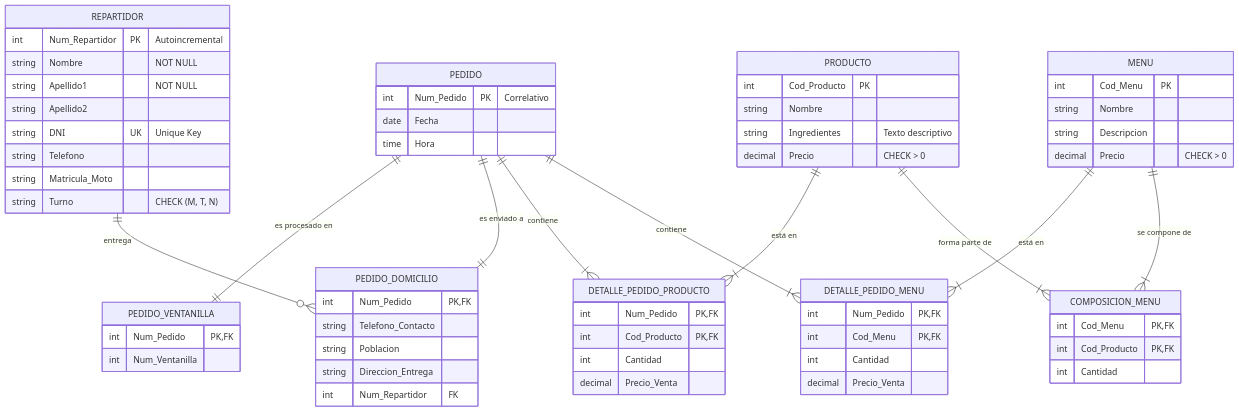
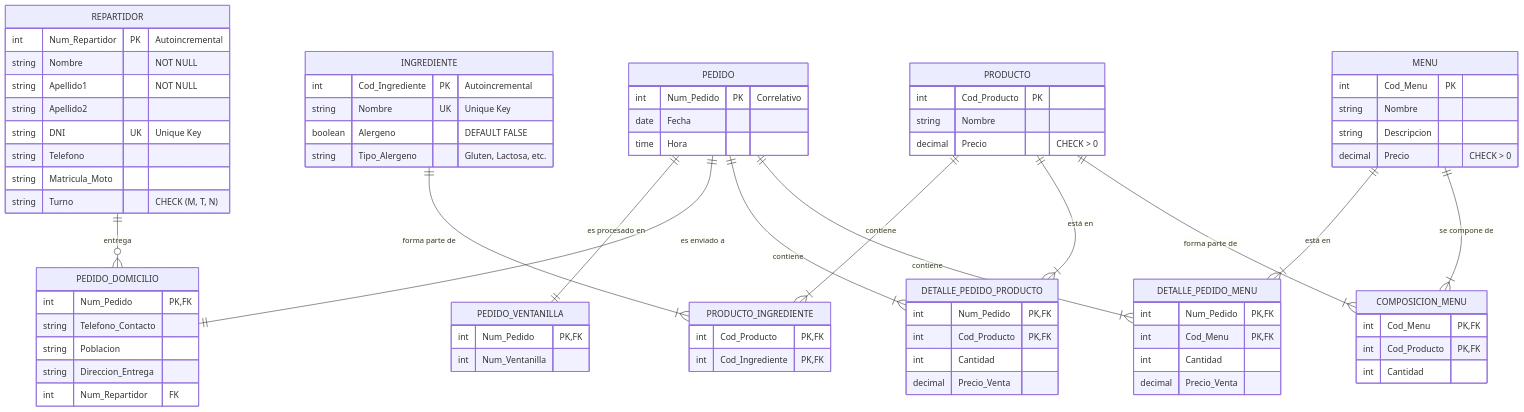
The diagram in docs/diseno-er.md (AGarciaRipalda/proyecto-mc-ilerna), drawn with Mermaid before and after one commit. The commit also changed other lines of this file and 10 other files, not shown here.

````diff
--- a/docs/diseno-er.md
+++ b/docs/diseno-er.md
@@ -29,6 +30,13 @@
         string Turno "CHECK (M, T, N)"
     }
 
+    INGREDIENTE {
+        int Cod_Ingrediente PK "Autoincremental"
+        string Nombre UK "Unique Key"
+        boolean Alergeno "DEFAULT FALSE"
+        string Tipo_Alergeno "Gluten, Lactosa, etc."
+    }
+
     PEDIDO {
         int Num_Pedido PK "Correlativo"
         date Fecha
@@ -38,7 +46,6 @@
     PRODUCTO {
         int Cod_Producto PK
         string Nombre
-        string Ingredientes "Texto descriptivo"
         decimal Precio "CHECK > 0"
     }
 
@@ -72,6 +79,11 @@
     
     %% Estas tablas existen físicamente en el SQL para gestionar cantidades
 
+    PRODUCTO_INGREDIENTE {
+        int Cod_Producto PK, FK
+        int Cod_Ingrediente PK, FK
+    }
+
     DETALLE_PEDIDO_PRODUCTO {
         int Num_Pedido PK, FK
         int Cod_Producto PK, FK
@@ -103,15 +115,19 @@
     %% 2. Relación Repartidor - Pedido Domicilio (1:N)
     REPARTIDOR ||--o{ PEDIDO_DOMICILIO : "entrega"
 
-    %% 3. Relación Pedido - Producto (N:M resuelta con entidad débil)
+    %% 3. Relación Producto - Ingrediente (N:M)
+    PRODUCTO ||--|{ PRODUCTO_INGREDIENTE : "contiene"
+    INGREDIENTE ||--|{ PRODUCTO_INGREDIENTE : "forma parte de"
+
+    %% 4. Relación Pedido - Producto (N:M resuelta con entidad débil)
     PEDIDO ||--|{ DETALLE_PEDIDO_PRODUCTO : "contiene"
     PRODUCTO ||--|{ DETALLE_PEDIDO_PRODUCTO : "está en"
 
-    %% 4. Relación Pedido - Menú (N:M resuelta con entidad débil)
+    %% 5. Relación Pedido - Menú (N:M resuelta con entidad débil)
     PEDIDO ||--|{ DETALLE_PEDIDO_MENU : "contiene"
     MENU ||--|{ DETALLE_PEDIDO_MENU : "está en"
 
-    %% 5. Relación Menú - Producto (N:M resuelta con entidad débil)
+    %% 6. Relación Menú - Producto (N:M resuelta con entidad débil)
     MENU ||--|{ COMPOSICION_MENU : "se compone de"
     PRODUCTO ||--|{ COMPOSICION_MENU : "forma parte de"
 ```
````
